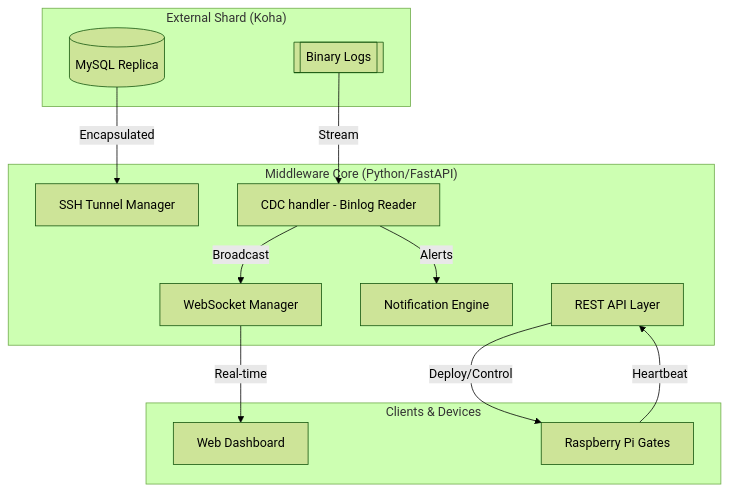
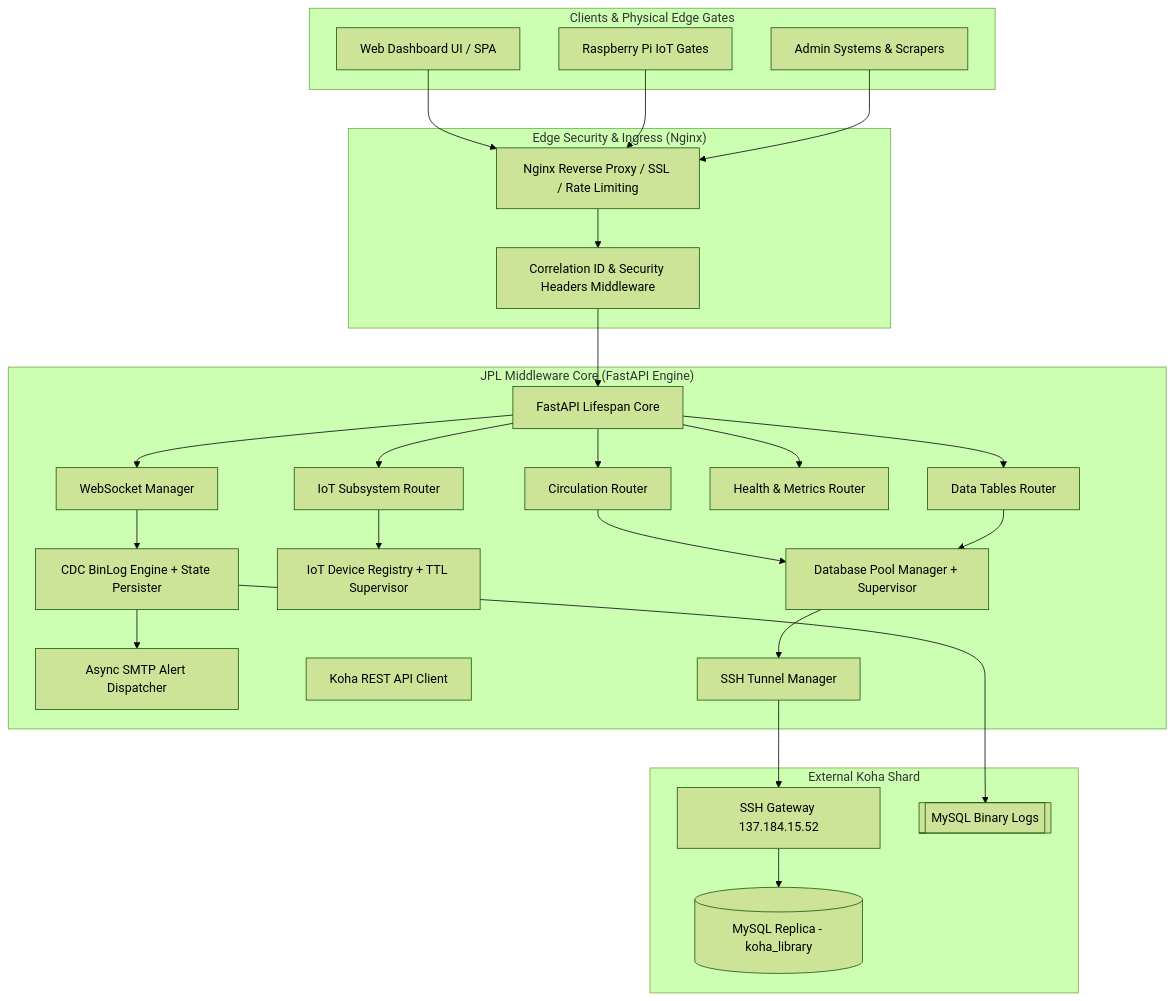
One commit to Thilac01/JPL-IOT-MIDDLEWARE changed the diagram in README.md. Above: the diagram before and after it, drawn with Mermaid (forest theme). The commit also changed other lines of this file and 53 other files, not shown here.

````diff
--- a/README.md
+++ b/README.md
@@ -17,28 +15,51 @@
 ```mermaid
 graph TD
-    subgraph "External Shard (Koha)"
-        DB[(MySQL Replica)]
-        LOGS[[Binary Logs]]
+    subgraph "Clients & Physical Edge Gates"
+        UI[Web Dashboard UI / SPA]
+        PI[Raspberry Pi IoT Gates]
+        ADMIN[Admin Systems & Scrapers]
     end
 
-    subgraph "Middleware Core (Python/FastAPI)"
-        SST[SSH Tunnel Manager]
-        CDC[CDC handler - Binlog Reader]
-        WSM[WebSocket Manager]
-        SMTP[Notification Engine]
-        API[REST API Layer]
+    subgraph "Edge Security & Ingress (Nginx)"
+        NGINX[Nginx Reverse Proxy / SSL / Rate Limiting]
+        CORR[Correlation ID & Security Headers Middleware]
     end
 
-    subgraph "Clients & Devices"
-        UI[Web Dashboard]
-        IOT[Raspberry Pi Gates]
+    subgraph "JPL Middleware Core (FastAPI Engine)"
+        APP[FastAPI Lifespan Core]
+        ROUTER_CIRC[Circulation Router]
+        ROUTER_IOT[IoT Subsystem Router]
+        ROUTER_TABLES[Data Tables Router]
+        ROUTER_HEALTH[Health & Metrics Router]
+        ROUTER_WS[WebSocket Manager]
+        
+        SVC_CDC[CDC BinLog Engine + State Persister]
+        SVC_IOT[IoT Device Registry + TTL Supervisor]
+        SVC_SMTP[Async SMTP Alert Dispatcher]
+        SVC_KOHA[Koha REST API Client]
+        
+        DB_MGR[Database Pool Manager + Supervisor]
+        SSH_MGR[SSH Tunnel Manager]
     end
 
-    DB -->|Encapsulated| SST
-    LOGS -->|Stream| CDC
-    CDC -->|Broadcast| WSM
-    CDC -->|Alerts| SMTP
-    WSM -->|Real-time| UI
-    API -->|Deploy/Control| IOT
-    IOT -->|Heartbeat| API
+    subgraph "External Koha Shard"
+        SSH_GW[SSH Gateway 137.184.15.52]
+        MYSQL_REP[(MySQL Replica - koha_library)]
+        BINLOG[[MySQL Binary Logs]]
+    end
+
+    UI --> NGINX
+    PI --> NGINX
+    ADMIN --> NGINX
+    NGINX --> CORR --> APP
+
+    APP --> ROUTER_CIRC & ROUTER_IOT & ROUTER_TABLES & ROUTER_HEALTH & ROUTER_WS
+    ROUTER_CIRC --> DB_MGR
+    ROUTER_TABLES --> DB_MGR
+    ROUTER_WS --> SVC_CDC
+    ROUTER_IOT --> SVC_IOT
+
+    SVC_CDC --> BINLOG
+    SVC_CDC --> SVC_SMTP
+    DB_MGR --> SSH_MGR --> SSH_GW --> MYSQL_REP
 ```
````
